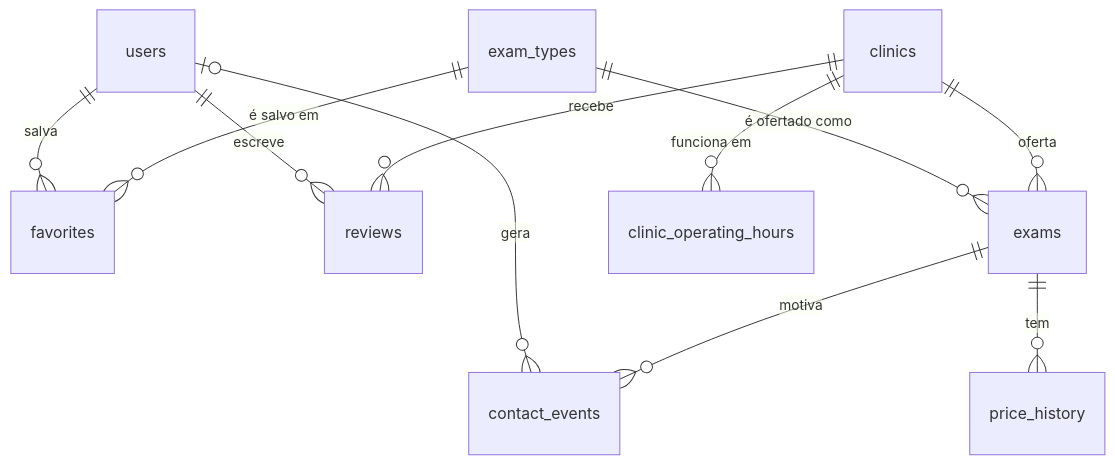
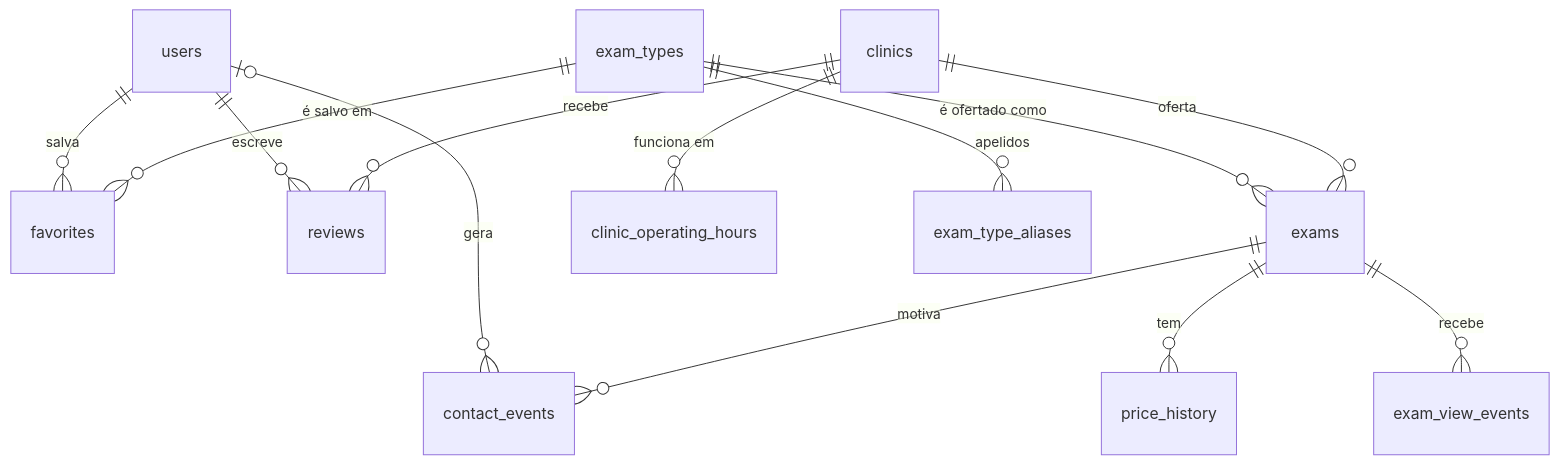
The diagram in README.md (MarcioFerreiraL/clinics-backend), drawn with Mermaid before and after one commit. The commit also changed other lines of this file and 12 other files, not shown here.

````diff
--- a/README.md
+++ b/README.md
@@ -104,13 +107,15 @@
 ```mermaid
 erDiagram
     users ||--o{ favorites : salva
     users ||--o{ reviews : escreve
     users |o--o{ contact_events : gera
     exam_types ||--o{ exams : "é ofertado como"
     exam_types ||--o{ favorites : "é salvo em"
     clinics ||--o{ exams : oferta
     clinics ||--o{ reviews : recebe
     clinics ||--o{ clinic_operating_hours : "funciona em"
     exams ||--o{ price_history : tem
     exams ||--o{ contact_events : motiva
+    exams ||--o{ exam_view_events : recebe
+    exam_types ||--o{ exam_type_aliases : apelidos
 ```
````
